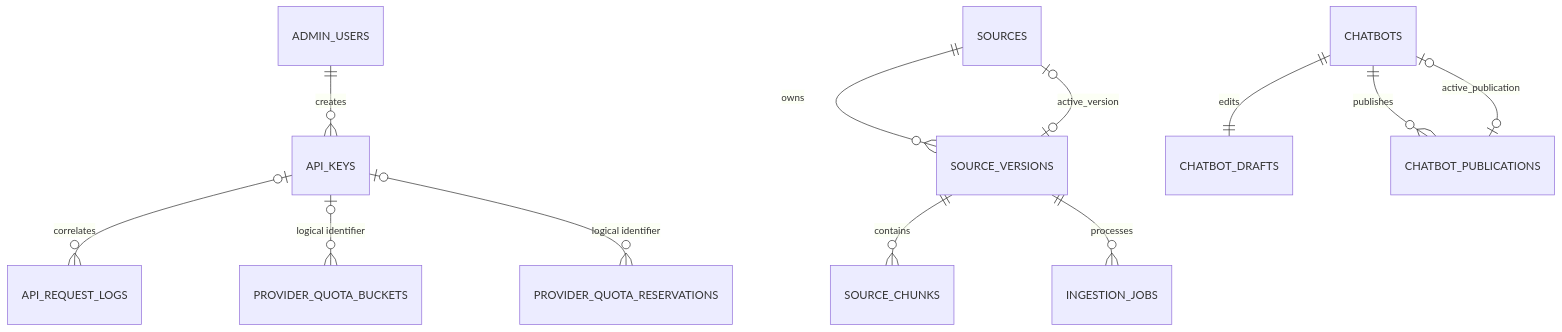
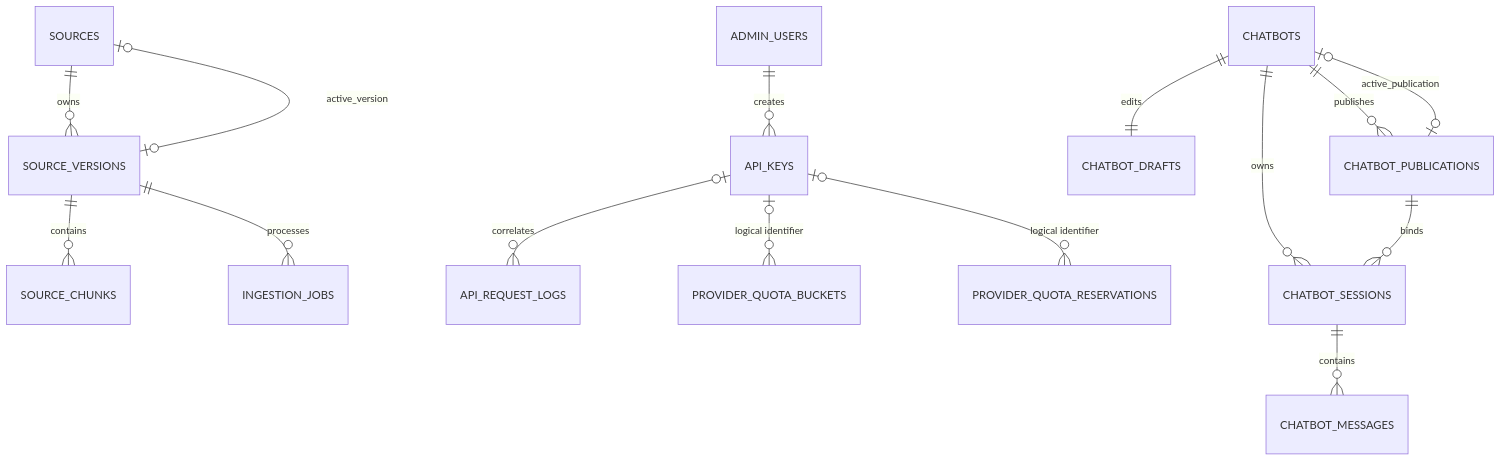
One commit to tankianann/askasio-alpha changed the diagram in docs/database.md. Above: the diagram before and after it, drawn with Mermaid. The commit also changed other lines of this file and 58 other files, not shown here.

````diff
--- a/docs/database.md
+++ b/docs/database.md
@@ -9,14 +9,17 @@
 ```mermaid
 erDiagram
     ADMIN_USERS ||--o{ API_KEYS : creates
     SOURCES ||--o{ SOURCE_VERSIONS : owns
     SOURCES o|--o| SOURCE_VERSIONS : active_version
     SOURCE_VERSIONS ||--o{ SOURCE_CHUNKS : contains
     SOURCE_VERSIONS ||--o{ INGESTION_JOBS : processes
     API_KEYS o|--o{ API_REQUEST_LOGS : correlates
     API_KEYS o|--o{ PROVIDER_QUOTA_BUCKETS : "logical identifier"
     API_KEYS o|--o{ PROVIDER_QUOTA_RESERVATIONS : "logical identifier"
     CHATBOTS ||--|| CHATBOT_DRAFTS : edits
     CHATBOTS ||--o{ CHATBOT_PUBLICATIONS : publishes
     CHATBOTS o|--o| CHATBOT_PUBLICATIONS : active_publication
+    CHATBOTS ||--o{ CHATBOT_SESSIONS : owns
+    CHATBOT_PUBLICATIONS ||--o{ CHATBOT_SESSIONS : binds
+    CHATBOT_SESSIONS ||--o{ CHATBOT_MESSAGES : contains
 ```
````
